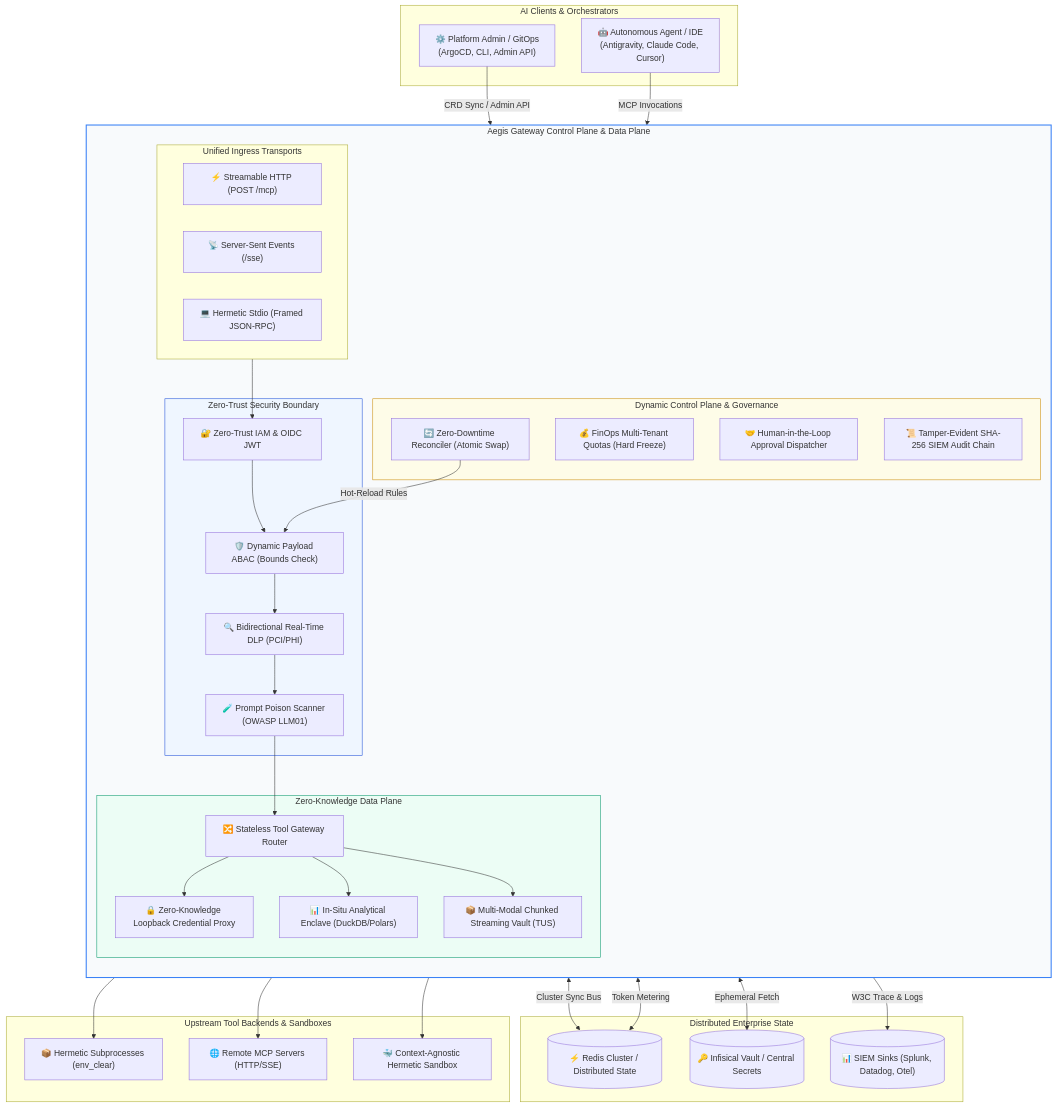
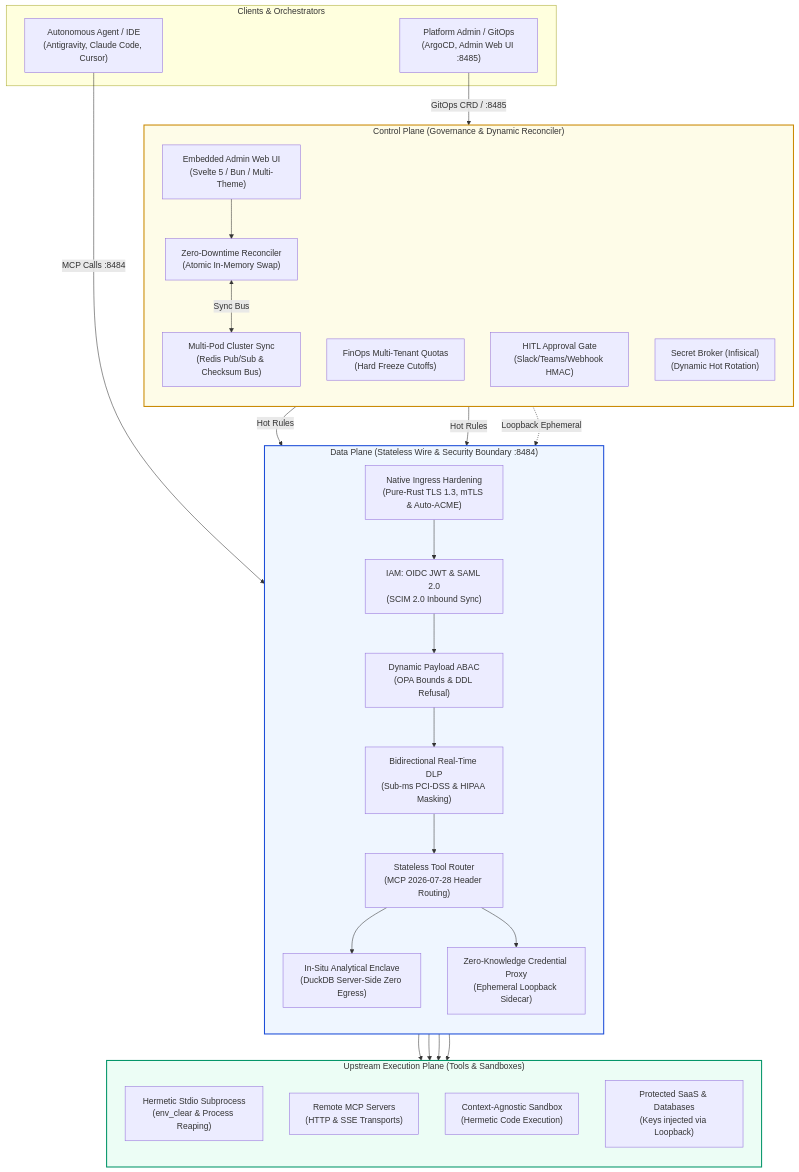
One commit to ihkaru/aegis-gateway changed the diagram in README.md. Above: the diagram before and after it, drawn with Mermaid. The commit also changed other lines of this file and 43 other files, not shown here.

Commit message:
feat(enterprise): implement Phases 30-33 (Native Ingress TLS/mTLS, SAML/SCIM, OTLP, and Svelte 5 Embedded Admin Web UI)

````diff
--- a/README.md
+++ b/README.md
@@ -57,71 +57,52 @@
 ```mermaid
 flowchart TD
-    subgraph Clients["AI Clients & Orchestrators"]
-        Agent["🤖 Autonomous Agent / IDE<br/>(Antigravity, Claude Code, Cursor)"]
-        Admin["⚙️ Platform Admin / GitOps<br/>(ArgoCD, CLI, Admin API)"]
+    subgraph Clients["Clients & Orchestrators"]
+        Agent["Autonomous Agent / IDE<br/>(Antigravity, Claude Code, Cursor)"]
+        Admin["Platform Admin / GitOps<br/>(ArgoCD, Admin Web UI :8485)"]
     end
 
-    subgraph Aegis["Aegis Gateway Control Plane & Data Plane"]
+    subgraph ControlPlane["Control Plane (Governance & Dynamic Reconciler)"]
         direction TB
-
-        subgraph Ingress["Unified Ingress Transports"]
-            HTTP["⚡ Streamable HTTP (POST /mcp)"]
-            SSE["📡 Server-Sent Events (/sse)"]
-            STDIO["💻 Hermetic Stdio (Framed JSON-RPC)"]
-        end
-
-        subgraph Security["Zero-Trust Security Boundary"]
-            Auth["🔐 Zero-Trust IAM & OIDC JWT"]
-            ABAC["🛡️ Dynamic Payload ABAC (Bounds Check)"]
-            DLP["🔍 Bidirectional Real-Time DLP (PCI/PHI)"]
-            Poison["🧪 Prompt Poison Scanner (OWASP LLM01)"]
-        end
-
-        subgraph Control["Dynamic Control Plane & Governance"]
-            Reconciler["🔄 Zero-Downtime Reconciler (Atomic Swap)"]
-            FinOps["💰 FinOps Multi-Tenant Quotas (Hard Freeze)"]
-            HITL["🤝 Human-in-the-Loop Approval Dispatcher"]
-            Audit["📜 Tamper-Evident SHA-256 SIEM Audit Chain"]
-        end
-
-        subgraph Data["Zero-Knowledge Data Plane"]
-            Router["🔀 Stateless Tool Gateway Router"]
-            Proxy["🔒 Zero-Knowledge Loopback Credential Proxy"]
-            InSitu["📊 In-Situ Analytical Enclave (DuckDB/Polars)"]
-            Vault["📦 Multi-Modal Chunked Streaming Vault (TUS)"]
-        end
+        AdminUI["Embedded Admin Web UI<br/>(Svelte 5 / Bun / Multi-Theme)"]
+        Reconciler["Zero-Downtime Reconciler<br/>(Atomic In-Memory Swap)"]
+        ClusterSync["Multi-Pod Cluster Sync<br/>(Redis Pub/Sub & Checksum Bus)"]
+        FinOps["FinOps Multi-Tenant Quotas<br/>(Hard Freeze Cutoffs)"]
+        HITL["HITL Approval Gate<br/>(Slack/Teams/Webhook HMAC)"]
+        Secrets["Secret Broker (Infisical)<br/>(Dynamic Hot Rotation)"]
     end
 
-    subgraph State["Distributed Enterprise State"]
-        Redis[("⚡ Redis Cluster / Distributed State")]
-        SecretStore[("🔑 Infisical Vault / Central Secrets")]
-        SIEM[("📊 SIEM Sinks (Splunk, Datadog, Otel)")]
+    subgraph DataPlane["Data Plane (Stateless Wire & Security Boundary :8484)"]
+        direction TB
+        Ingress["Native Ingress Hardening<br/>(Pure-Rust TLS 1.3, mTLS & Auto-ACME)"]
+        Auth["IAM: OIDC JWT & SAML 2.0<br/>(SCIM 2.0 Inbound Sync)"]
+        ABAC["Dynamic Payload ABAC<br/>(OPA Bounds & DDL Refusal)"]
+        DLP["Bidirectional Real-Time DLP<br/>(Sub-ms PCI-DSS & HIPAA Masking)"]
+        Router["Stateless Tool Router<br/>(MCP 2026-07-28 Header Routing)"]
+        InSitu["In-Situ Analytical Enclave<br/>(DuckDB Server-Side Zero Egress)"]
+        Proxy["Zero-Knowledge Credential Proxy<br/>(Ephemeral Loopback Sidecar)"]
     end
 
-    subgraph Upstreams["Upstream Tool Backends & Sandboxes"]
-        Subprocess["📦 Hermetic Subprocesses (env_clear)"]
-        RemoteMCP["🌐 Remote MCP Servers (HTTP/SSE)"]
-        Sandbox["🐳 Context-Agnostic Hermetic Sandbox"]
+    subgraph UpstreamTools["Upstream Execution Plane (Tools & Sandboxes)"]
+        direction TB
+        Subprocess["Hermetic Stdio Subprocess<br/>(env_clear & Process Reaping)"]
+        RemoteMCP["Remote MCP Servers<br/>(HTTP & SSE Transports)"]
+        Sandbox["Context-Agnostic Sandbox<br/>(Hermetic Code Execution)"]
+        ExternalAPI["Protected SaaS & Databases<br/>(Keys injected via Loopback)"]
     end
 
-    Agent -->|"MCP Invocations"| Ingress
-    Admin -->|"CRD Sync / Admin API"| Reconciler
+    Agent -->|"MCP Calls :8484"| Ingress
+    Admin -->|"GitOps CRD / :8485"| AdminUI --> Reconciler
+    Reconciler <-->|"Sync Bus"| ClusterSync
+    Reconciler -->|"Hot Rules"| ABAC & Ingress
+    Secrets -.->|"Loopback Ephemeral"| Proxy
 
-    Ingress --> Auth --> ABAC --> DLP --> Poison
-    Poison --> Router
+    Ingress --> Auth --> ABAC --> DLP --> Router
+    Router --> InSitu
+    Router --> Proxy
+    Proxy --> Subprocess & RemoteMCP & Sandbox
+    Proxy --> ExternalAPI
 
-    Reconciler <-->|"Cluster Sync Bus"| Redis
-    Reconciler -->|"Hot-Reload Rules"| ABAC
-    FinOps <-->|"Token Metering"| Redis
-    Audit -->|"W3C Trace & Logs"| SIEM
-    Proxy <-->|"Ephemeral Fetch"| SecretStore
-
-    Router --> Proxy
-    Proxy --> Subprocess & RemoteMCP
-    Router --> InSitu & Sandbox & Vault
-
-    style Aegis fill:#f8fafc,stroke:#3b82f6,stroke-width:2px
-    style Security fill:#eff6ff,stroke:#1d4ed8
-    style Control fill:#fefce8,stroke:#ca8a04
-    style Data fill:#ecfdf5,stroke:#059669
+    style ControlPlane fill:#fefce8,stroke:#ca8a04,stroke-width:2px
+    style DataPlane fill:#eff6ff,stroke:#1d4ed8,stroke-width:2px
+    style UpstreamTools fill:#ecfdf5,stroke:#059669,stroke-width:2px
 ```
````
